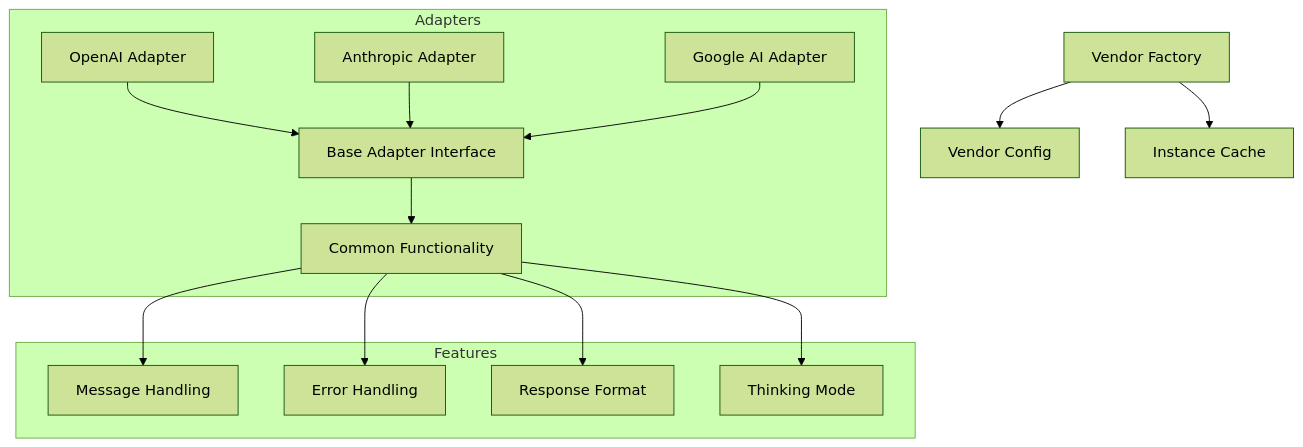
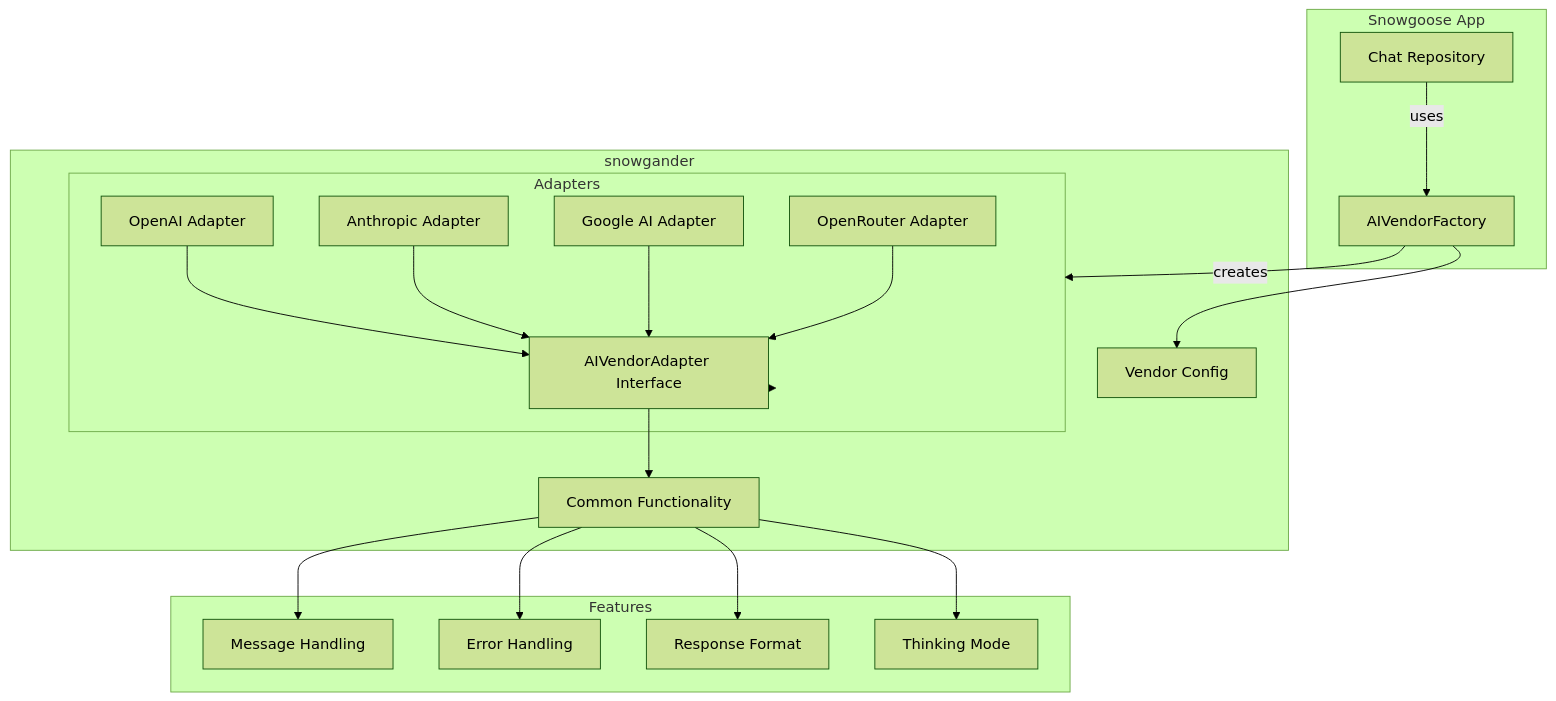
Before and after one commit to loneyeti/snowgoose: the third of 4 diagrams in memory-bank/systemPatterns.md, drawn with Mermaid (forest theme). The commit also changed other lines of this file and 18 other files, not shown here.

Commit message:
Switched to using snowgander npm package for AI vendor functionality

````diff
--- a/memory-bank/systemPatterns.md
+++ b/memory-bank/systemPatterns.md
@@ -154,19 +152,28 @@
 ```mermaid
 flowchart TD
-    VendorFactory[Vendor Factory] --> Config[Vendor Config]
-    VendorFactory --> Cache[Instance Cache]
+    subgraph Snowgoose App
+        ChatRepo[Chat Repository] -- uses --> VendorFactory
+    end
 
-    subgraph Adapters
-        BaseAdapter[Base Adapter Interface] --> Common[Common Functionality]
-        OpenAIAdapter[OpenAI Adapter] --> BaseAdapter
-        AnthropicAdapter[Anthropic Adapter] --> BaseAdapter
-        GoogleAdapter[Google AI Adapter] --> BaseAdapter
+    subgraph "snowgander"
+        VendorFactory[AIVendorFactory] --> Config[Vendor Config]
+        VendorFactory -- creates --> Adapters
+        Adapters --> BaseAdapter[AIVendorAdapter Interface]
+
+        subgraph Adapters
+            OpenAIAdapter[OpenAI Adapter] --> BaseAdapter
+            AnthropicAdapter[Anthropic Adapter] --> BaseAdapter
+            GoogleAdapter[Google AI Adapter] --> BaseAdapter
+            OpenRouterAdapter[OpenRouter Adapter] --> BaseAdapter
+        end
+
+        BaseAdapter --> Common[Common Functionality]
     end
 
     subgraph Features
         Common --> MessageHandling[Message Handling]
         Common --> ErrorHandling[Error Handling]
         Common --> ResponseFormat[Response Format]
         Common --> ThinkingMode[Thinking Mode]
     end
 ```
````
